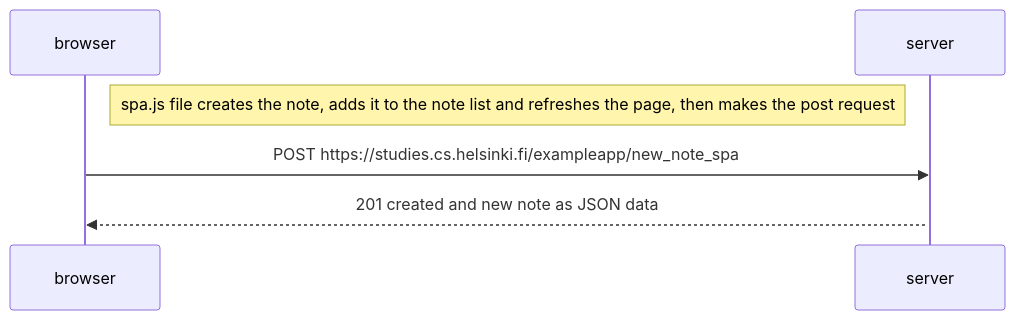
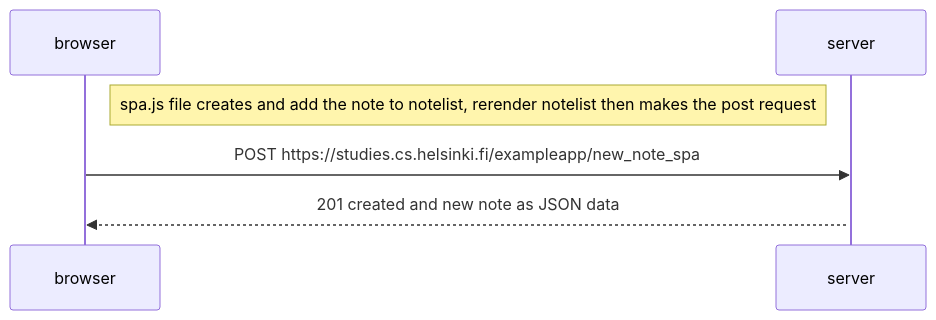
One commit to arvidkullhammar/Fullstack-Open changed the diagram in part0/0.6.md. Above: the diagram before and after it, drawn with Mermaid.

````diff
--- a/part0/0.6.md
+++ b/part0/0.6.md
@@ -1,13 +1,13 @@
 ```mermaid
 sequenceDiagram
     participant browser
     participant server
 
 
- Note right of browser: spa.js file creates the note, adds it to the note list and refreshes the page, then makes the post request
+ Note right of browser: spa.js file creates and add the note to notelist, rerender notelist then makes the post request
 
     browser->>server: POST https://studies.cs.helsinki.fi/exampleapp/new_note_spa
     activate server
 
     server-->>browser: 201 created and new note as JSON data
 ```
````
